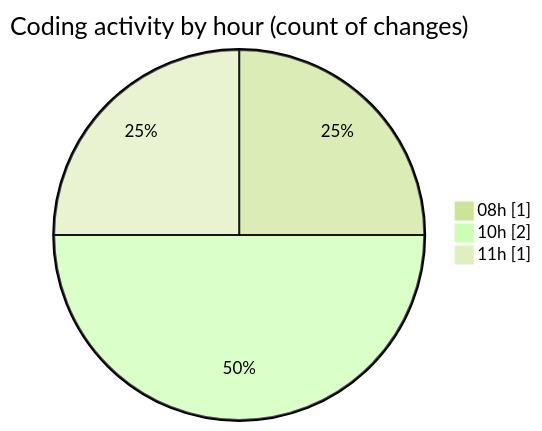
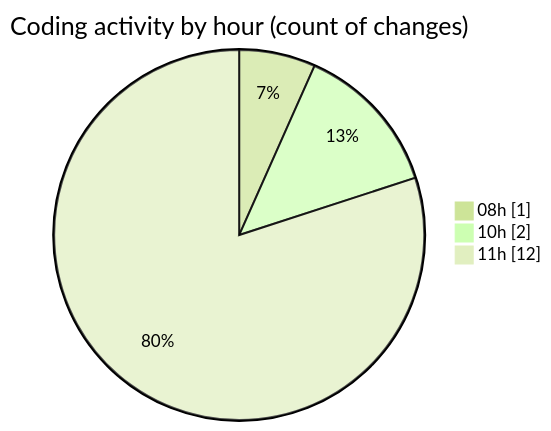
The second of 2 diagrams in 2025-07-03/cda/README.md (momahboobian/code-tracking), drawn with Mermaid (forest theme) before and after one commit. The commit also changed other lines of this file and 1 other file, not shown here.

````diff
--- a/2025-07-03/cda/README.md
+++ b/2025-07-03/cda/README.md
@@ -30,7 +30,7 @@
 ```mermaid
 pie showData
 title Coding activity by hour (count of changes)
 "08h" : 1
 "10h" : 2
-"11h" : 1
+"11h" : 12
 ```
````
